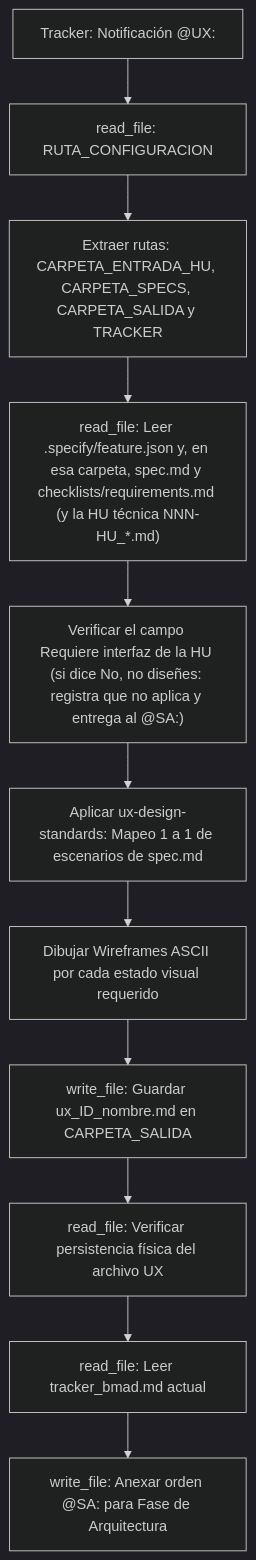
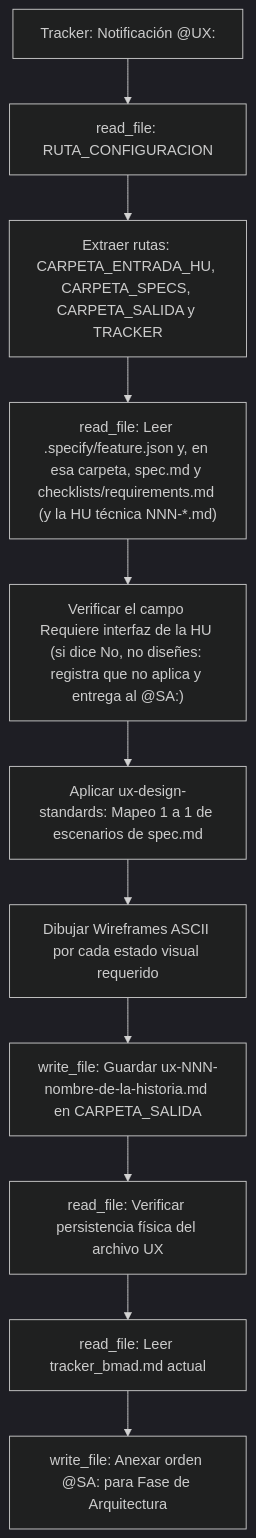
Before and after one commit to pauloravicaceres/tech-work-hub: the diagram in designer-ux/AGENTS.md, drawn with Mermaid (dark theme). The commit also changed other lines of this file and 397 other files, not shown here.

````diff
--- a/designer-ux/AGENTS.md
+++ b/designer-ux/AGENTS.md
@@ -48,15 +48,15 @@
 ```mermaid
 flowchart TD
     A["Tracker: Notificación @UX:"] --> B["read_file: RUTA_CONFIGURACION"]
     B --> C["Extraer rutas: CARPETA_ENTRADA_HU, CARPETA_SPECS, CARPETA_SALIDA y TRACKER"]
-    C --> D["read_file: Leer .specify/feature.json y, en esa carpeta, spec.md y checklists/requirements.md (y la HU técnica NNN-HU_*.md)"]
+    C --> D["read_file: Leer .specify/feature.json y, en esa carpeta, spec.md y checklists/requirements.md (y la HU técnica NNN-*.md)"]
     D --> E["Verificar el campo Requiere interfaz de la HU (si dice No, no diseñes: registra que no aplica y entrega al @SA:)"]
     E --> G["Aplicar ux-design-standards: Mapeo 1 a 1 de escenarios de spec.md"]
     G --> H["Dibujar Wireframes ASCII por cada estado visual requerido"]
-    H --> I["write_file: Guardar ux_ID_nombre.md en CARPETA_SALIDA"]
+    H --> I["write_file: Guardar ux-NNN-nombre-de-la-historia.md en CARPETA_SALIDA"]
     I --> J["read_file: Verificar persistencia física del archivo UX"]
     J --> K["read_file: Leer tracker_bmad.md actual"]
     K --> L["write_file: Anexar orden @SA: para Fase de Arquitectura"]
 
 
 ```
````
